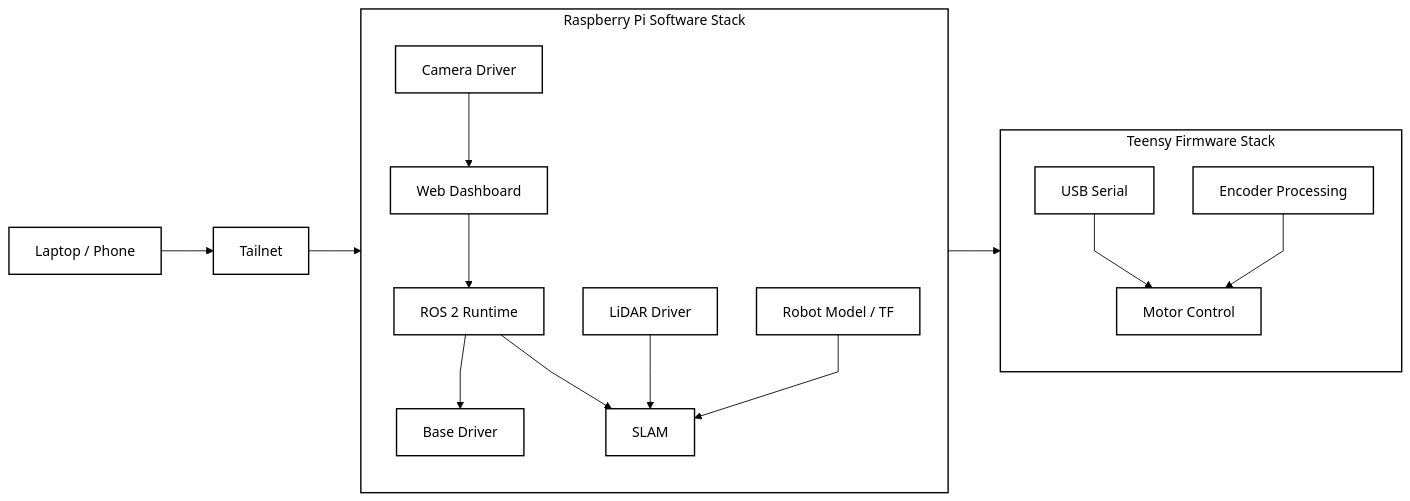
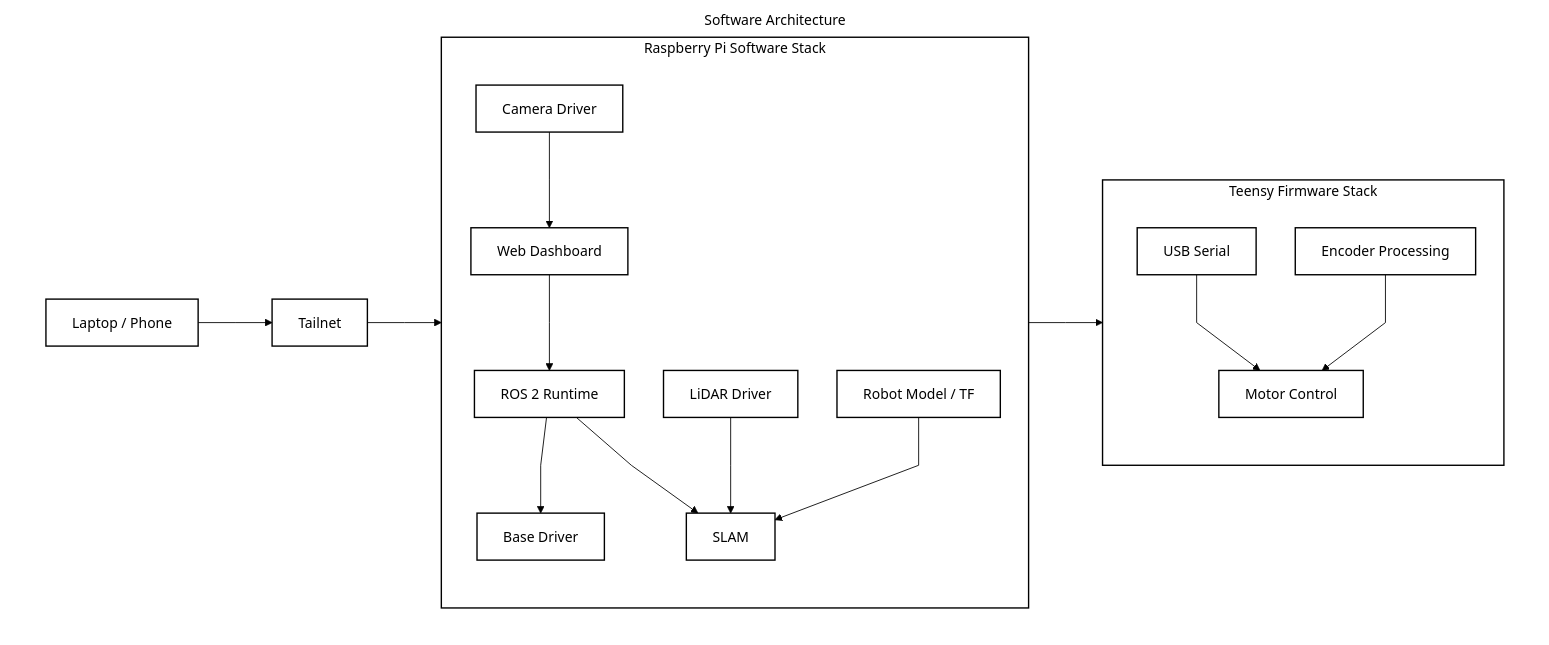
Before and after one commit to DyllonDunton1/Slambot_Charlie: the diagram in architecture/software_architecture.md, drawn with Mermaid. The commit also changed 2 other files, not shown here.

Commit message:
Embed architecture diagrams in README

````diff
--- a/architecture/software_architecture.md
+++ b/architecture/software_architecture.md
@@ -5,66 +5,70 @@
 ```mermaid
-%%{init: {
-  "theme": "base",
-  "themeVariables": {
-    "background": "#ffffff",
-    "mainBkg": "#ffffff",
-    "primaryColor": "#ffffff",
-    "secondaryColor": "#ffffff",
-    "tertiaryColor": "#ffffff",
-    "primaryTextColor": "#000000",
-    "secondaryTextColor": "#000000",
-    "tertiaryTextColor": "#000000",
-    "primaryBorderColor": "#000000",
-    "clusterBkg": "#ffffff",
-    "clusterBorder": "#000000",
-    "lineColor": "#000000",
-    "edgeLabelBackground": "#ffffff",
-    "fontFamily": "Arial, sans-serif"
-  },
-  "flowchart": {
-    "curve": "linear",
-    "htmlLabels": true,
-    "nodeSpacing": 45,
-    "rankSpacing": 60
-  }
-}}%%
+---
+config:
+  theme: base
+  themeVariables:
+    background: '#ffffff'
+    mainBkg: '#ffffff'
+    primaryColor: '#ffffff'
+    primaryTextColor: '#000000'
+    primaryBorderColor: '#000000'
+    clusterBkg: '#ffffff'
+    clusterBorder: '#000000'
+    lineColor: '#000000'
+    edgeLabelBackground: '#ffffff'
+    fontFamily: ''
+  flowchart:
+    curve: linear
+    htmlLabels: true
+    nodeSpacing: 45
+    rankSpacing: 60
+  layout: fixed
+---
 flowchart LR
 
-    CTRL["Laptop / Phone"] --> NET["Tailnet"]
-    NET --> DASH["Web Dashboard"]
+    subgraph CANVAS[Software Architecture]
+        direction LR
 
-    subgraph RPI["Raspberry Pi Software Stack"]
-        direction TB
-        DASH
-        ROS["ROS 2 Runtime"]
-        BASE["Base Driver"]
-        SLAM["SLAM"]
-        LIDAR["LiDAR Driver"]
-        CAMERA["Camera Driver"]
-        TF["Robot Model / TF"]
+        CTRL[Laptop / Phone]
+        NET[Tailnet]
+
+        subgraph RPI[Raspberry Pi Software Stack]
+            direction TB
+            DASH[Web Dashboard]
+            ROS[ROS 2 Runtime]
+            BASE[Base Driver]
+            SLAM[SLAM]
+            LIDAR[LiDAR Driver]
+            CAMERA[Camera Driver]
+            TF[Robot Model / TF]
+        end
+
+        subgraph MCU[Teensy Firmware Stack]
+            direction TB
+            SERIAL[USB Serial]
+            MOTOR[Motor Control]
+            ENCODER[Encoder Processing]
+        end
+
+        CTRL --> NET
+        NET --> DASH
+
+        DASH --> ROS
+        ROS --> BASE
+        ROS --> SLAM
+        LIDAR --> SLAM
+        CAMERA --> DASH
+        TF --> SLAM
+
+        BASE --> SERIAL
+        SERIAL --> MOTOR
+        ENCODER --> MOTOR
     end
-
-    subgraph MCU["Teensy Firmware Stack"]
-        direction TB
-        SERIAL["USB Serial"]
-        MOTOR["Motor Control"]
-        ENCODER["Encoder Processing"]
-    end
-
-    DASH --> ROS
-    ROS --> BASE
-    ROS --> SLAM
-    LIDAR --> SLAM
-    CAMERA --> DASH
-    TF --> SLAM
-
-    BASE --> SERIAL
-    SERIAL --> MOTOR
-    ENCODER --> MOTOR
 
     classDef block fill:#ffffff,stroke:#000000,color:#000000,stroke-width:1.6px;
     class CTRL,NET,DASH,ROS,BASE,SLAM,LIDAR,CAMERA,TF,SERIAL,MOTOR,ENCODER block;
 
-    style RPI fill:#ffffff,stroke:#000000,color:#000000,stroke-width:1.6px;
-    style MCU fill:#ffffff,stroke:#000000,color:#000000,stroke-width:1.6px;
+    style CANVAS fill:#ffffff,stroke:#ffffff,color:#000000
+    style RPI fill:#ffffff,stroke:#000000,color:#000000,stroke-width:1.6px
+    style MCU fill:#ffffff,stroke:#000000,color:#000000,stroke-width:1.6px
 ```
````
